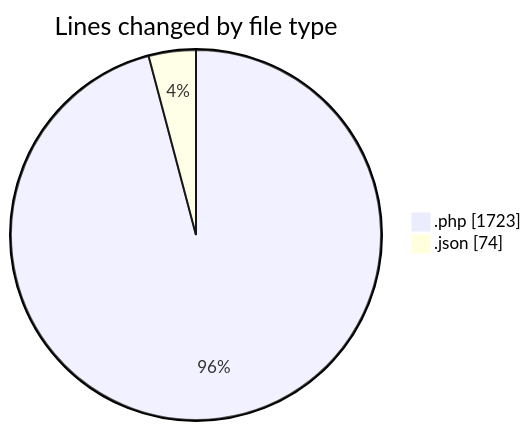
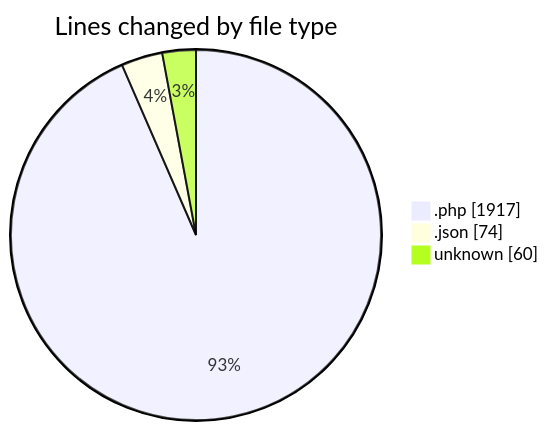
One commit to lephambinh05/code-tracking changed the first of 2 diagrams in 2025-08-19/quytuthien_vn/README.md. Above: the diagram before and after it, drawn with Mermaid. The commit also changed other lines of this file and 1 other file, not shown here.

````diff
--- a/2025-08-19/quytuthien_vn/README.md
+++ b/2025-08-19/quytuthien_vn/README.md
@@ -63,6 +70,7 @@
 ```mermaid
 pie showData
 title Lines changed by file type
-".php" : 1723
+".php" : 1917
 ".json" : 74
+"unknown" : 60
 ```
````
